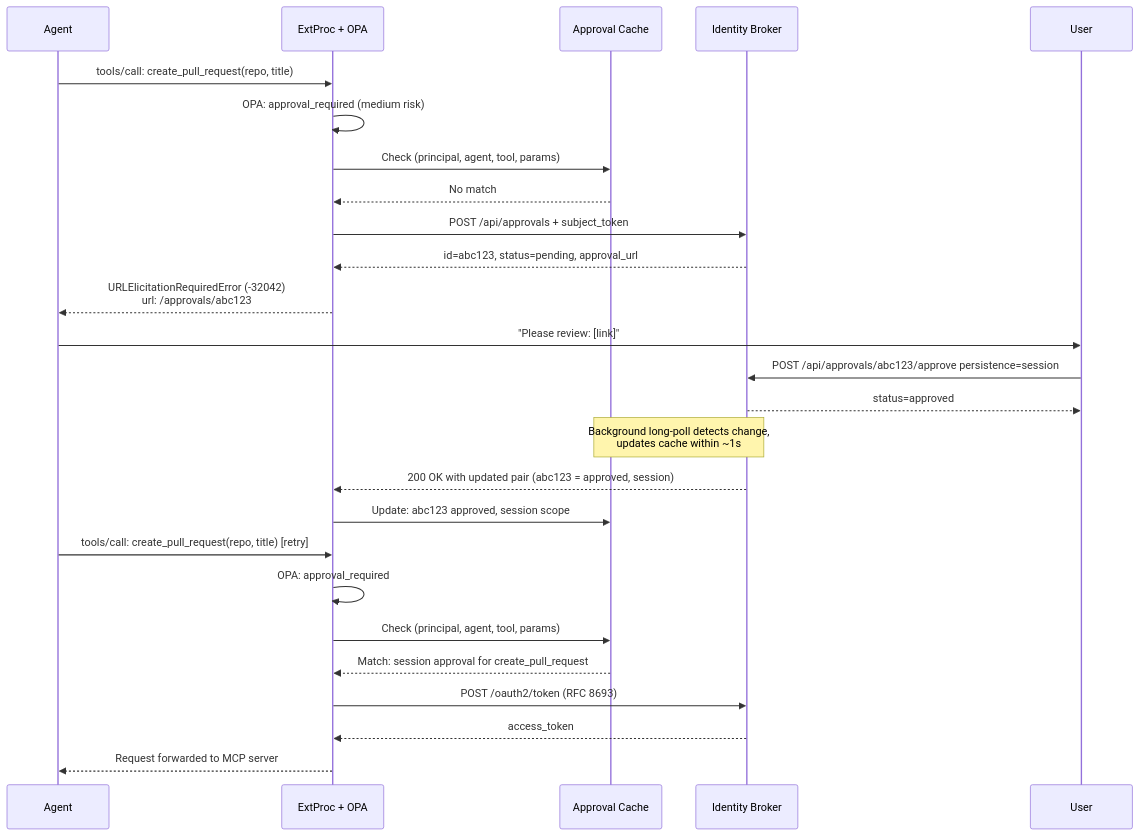
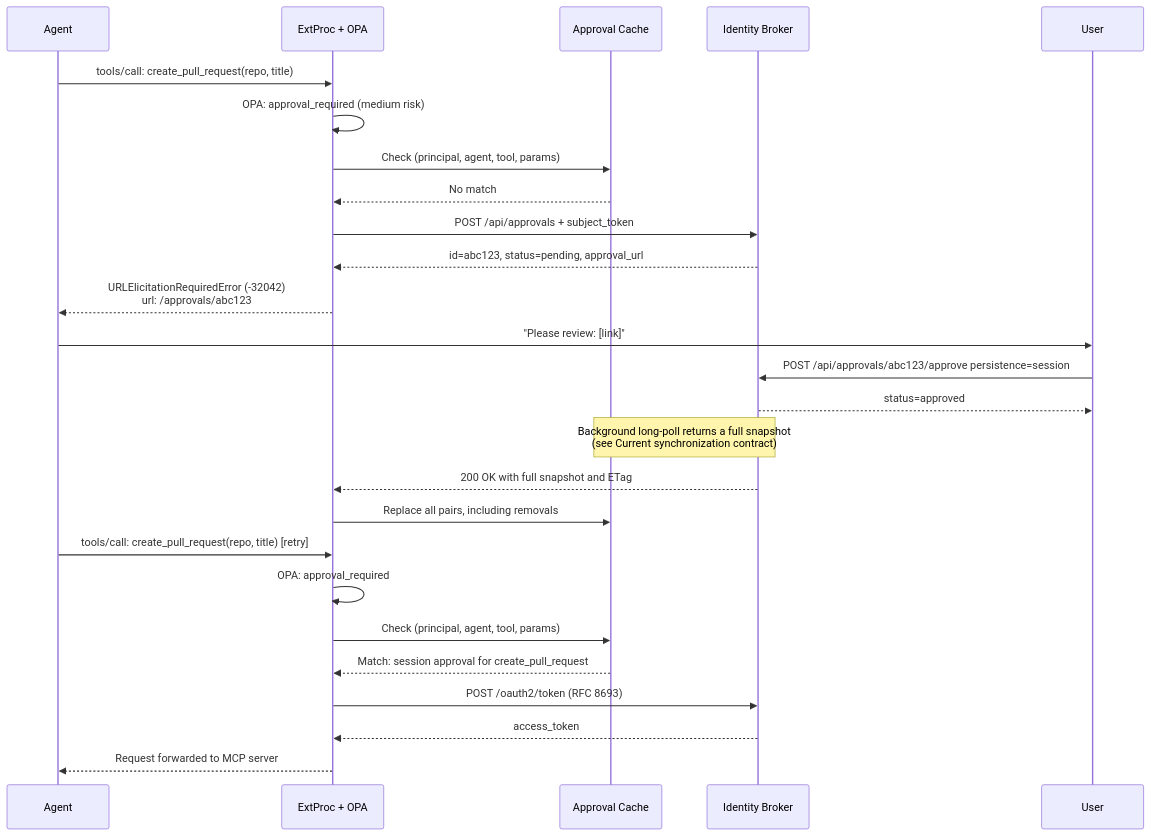
Before and after one commit to zalando-incubator/agentic-identity-broker: the third of 3 diagrams in specs/026-extproc-approval-sync/spec.md, drawn with Mermaid. The commit also changed other lines of this file and 19 other files, not shown here.

````diff
--- a/specs/026-extproc-approval-sync/spec.md
+++ b/specs/026-extproc-approval-sync/spec.md
@@ -120,32 +137,32 @@
 ```mermaid
 sequenceDiagram
     participant Agent
     participant EP as ExtProc + OPA
     participant Cache as Approval Cache
     participant Broker as Identity Broker
     participant User
 
     Agent->>EP: tools/call: create_pull_request(repo, title)
     EP->>EP: OPA: approval_required (medium risk)
     EP->>Cache: Check (principal, agent, tool, params)
     Cache-->>EP: No match
     EP->>Broker: POST /api/approvals + subject_token
     Broker-->>EP: id=abc123, status=pending, approval_url
     EP-->>Agent: URLElicitationRequiredError (-32042)<br/>url: /approvals/abc123
 
     Agent->>User: "Please review: [link]"
     User->>Broker: POST /api/approvals/abc123/approve persistence=session
     Broker-->>User: status=approved
 
-    Note over Cache,Broker: Background long-poll detects change,<br/>updates cache within ~1s
-    Broker-->>EP: 200 OK with updated pair (abc123 = approved, session)
-    EP->>Cache: Update: abc123 approved, session scope
+    Note over Cache,Broker: Background long-poll returns a full snapshot<br/>(see Current synchronization contract)
+    Broker-->>EP: 200 OK with full snapshot and ETag
+    EP->>Cache: Replace all pairs, including removals
 
     Agent->>EP: tools/call: create_pull_request(repo, title) [retry]
     EP->>EP: OPA: approval_required
     EP->>Cache: Check (principal, agent, tool, params)
     Cache-->>EP: Match: session approval for create_pull_request
     EP->>Broker: POST /oauth2/token (RFC 8693)
     Broker-->>EP: access_token
     EP-->>Agent: Request forwarded to MCP server
 ```
````
